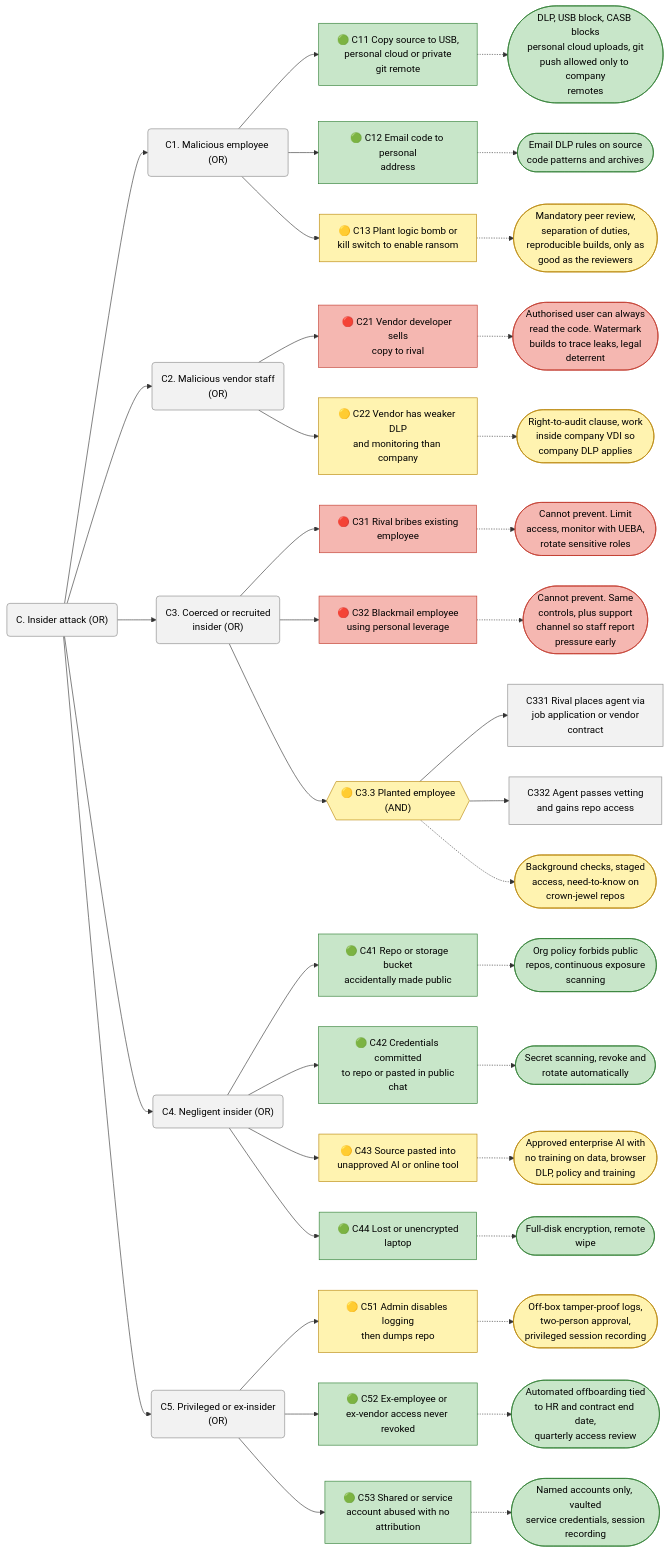
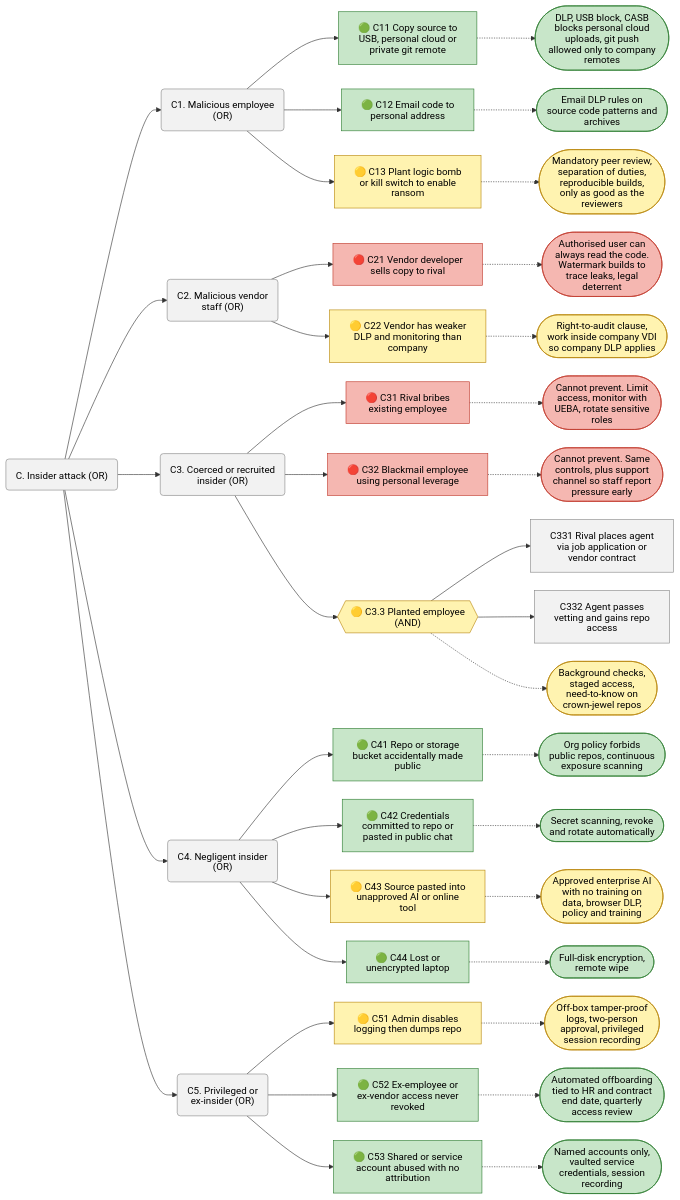
One commit to amandewatnitrr/hacking-tutorial changed the ninth of 9 diagrams in cybersecurity-architecture/lesson-02.md. Above: the diagram before and after it, drawn with Mermaid. The commit also changed other lines of this file, not shown here.

Commit message:
Cybersecurity Architecture -> Threat Modelling -> Attack Tree

````diff
--- a/cybersecurity-architecture/lesson-02.md
+++ b/cybersecurity-architecture/lesson-02.md
@@ -539,55 +544,56 @@
 ```mermaid
+%%{init: {"htmlLabels": false, "flowchart": {"htmlLabels": false, "padding": 16, "nodeSpacing": 30, "rankSpacing": 70}}}%%
 graph LR
     C("C. Insider attack (OR)")
-    C --> C1("C1. Malicious employee (OR)")
-    C --> C2("C2. Malicious vendor staff<br/>(OR)")
+    C --> C1("C1. Malicious employee<br/>(OR)")
+    C --> C2("C2. Malicious vendor<br/>staff (OR)")
     C --> C3("C3. Coerced or recruited<br/>insider (OR)")
-    C --> C4("C4. Negligent insider (OR)")
-    C --> C5("C5. Privileged or ex-insider<br/>(OR)")
+    C --> C4("C4. Negligent insider<br/>(OR)")
+    C --> C5("C5. Privileged or<br/>ex-insider (OR)")
 
-    C1 --> C11["🟢 C11 Copy source to USB,<br/>personal cloud or private<br/>git remote"]
-    C11 -.-> MC11(["DLP, USB block, CASB blocks<br/>personal cloud uploads, git<br/>push allowed only to company<br/>remotes"])
-    C1 --> C12["🟢 C12 Email code to personal<br/>address"]
-    C12 -.-> MC12(["Email DLP rules on source<br/>code patterns and archives"])
-    C1 --> C13["🟡 C13 Plant logic bomb or<br/>kill switch to enable ransom"]
-    C13 -.-> MC13(["Mandatory peer review,<br/>separation of duties,<br/>reproducible builds, only as<br/>good as the reviewers"])
+    C1 --> C11["🟢 C11 Copy source to<br/>USB, personal cloud or<br/>private git remote"]
+    C11 -.-> MC11(["DLP, USB block, CASB<br/>blocks personal cloud<br/>uploads, git push<br/>allowed only to company<br/>remotes"])
+    C1 --> C12["🟢 C12 Email code to<br/>personal address"]
+    C12 -.-> MC12(["Email DLP rules on<br/>source code patterns and<br/>archives"])
+    C1 --> C13["🟡 C13 Plant logic bomb<br/>or kill switch to enable<br/>ransom"]
+    C13 -.-> MC13(["Mandatory peer review,<br/>separation of duties,<br/>reproducible builds,<br/>only as good as the<br/>reviewers"])
 
-    C2 --> C21["🔴 C21 Vendor developer sells<br/>copy to rival"]
-    C21 -.-> MC21(["Authorised user can always<br/>read the code. Watermark<br/>builds to trace leaks, legal<br/>deterrent"])
-    C2 --> C22["🟡 C22 Vendor has weaker DLP<br/>and monitoring than company"]
-    C22 -.-> MC22(["Right-to-audit clause, work<br/>inside company VDI so<br/>company DLP applies"])
+    C2 --> C21["🔴 C21 Vendor developer<br/>sells copy to rival"]
+    C21 -.-> MC21(["Authorised user can<br/>always read the code.<br/>Watermark builds to<br/>trace leaks, legal<br/>deterrent"])
+    C2 --> C22["🟡 C22 Vendor has weaker<br/>DLP and monitoring than<br/>company"]
+    C22 -.-> MC22(["Right-to-audit clause,<br/>work inside company VDI<br/>so company DLP applies"])
 
-    C3 --> C31["🔴 C31 Rival bribes existing<br/>employee"]
-    C31 -.-> MC31(["Cannot prevent. Limit<br/>access, monitor with UEBA,<br/>rotate sensitive roles"])
+    C3 --> C31["🔴 C31 Rival bribes<br/>existing employee"]
+    C31 -.-> MC31(["Cannot prevent. Limit<br/>access, monitor with<br/>UEBA, rotate sensitive<br/>roles"])
     C3 --> C32["🔴 C32 Blackmail employee<br/>using personal leverage"]
     C32 -.-> MC32(["Cannot prevent. Same<br/>controls, plus support<br/>channel so staff report<br/>pressure early"])
     C3 --> C33{{"🟡 C3.3 Planted employee<br/>(AND)"}}
-    C33 --> C331["C331 Rival places agent via<br/>job application or vendor<br/>contract"]
-    C33 --> C332["C332 Agent passes vetting<br/>and gains repo access"]
-    C33 -.-> MC33(["Background checks, staged<br/>access, need-to-know on<br/>crown-jewel repos"])
+    C33 --> C331["C331 Rival places agent<br/>via job application or<br/>vendor contract"]
+    C33 --> C332["C332 Agent passes<br/>vetting and gains repo<br/>access"]
+    C33 -.-> MC33(["Background checks,<br/>staged access,<br/>need-to-know on<br/>crown-jewel repos"])
 
-    C4 --> C41["🟢 C41 Repo or storage bucket<br/>accidentally made public"]
-    C41 -.-> MC41(["Org policy forbids public<br/>repos, continuous exposure<br/>scanning"])
-    C4 --> C42["🟢 C42 Credentials committed<br/>to repo or pasted in public<br/>chat"]
-    C42 -.-> MC42(["Secret scanning, revoke and<br/>rotate automatically"])
-    C4 --> C43["🟡 C43 Source pasted into<br/>unapproved AI or online tool"]
-    C43 -.-> MC43(["Approved enterprise AI with<br/>no training on data, browser<br/>DLP, policy and training"])
-    C4 --> C44["🟢 C44 Lost or unencrypted<br/>laptop"]
-    C44 -.-> MC44(["Full-disk encryption, remote<br/>wipe"])
+    C4 --> C41["🟢 C41 Repo or storage<br/>bucket accidentally made<br/>public"]
+    C41 -.-> MC41(["Org policy forbids<br/>public repos, continuous<br/>exposure scanning"])
+    C4 --> C42["🟢 C42 Credentials<br/>committed to repo or<br/>pasted in public chat"]
+    C42 -.-> MC42(["Secret scanning, revoke<br/>and rotate automatically"])
+    C4 --> C43["🟡 C43 Source pasted into<br/>unapproved AI or online<br/>tool"]
+    C43 -.-> MC43(["Approved enterprise AI<br/>with no training on<br/>data, browser DLP,<br/>policy and training"])
+    C4 --> C44["🟢 C44 Lost or<br/>unencrypted laptop"]
+    C44 -.-> MC44(["Full-disk encryption,<br/>remote wipe"])
 
-    C5 --> C51["🟡 C51 Admin disables logging<br/>then dumps repo"]
-    C51 -.-> MC51(["Off-box tamper-proof logs,<br/>two-person approval,<br/>privileged session recording"])
-    C5 --> C52["🟢 C52 Ex-employee or <br/>ex-vendor access never revoked"]
-    C52 -.-> MC52(["Automated offboarding tied<br/>to HR and contract end date,<br/>quarterly access review"])
+    C5 --> C51["🟡 C51 Admin disables<br/>logging then dumps repo"]
+    C51 -.-> MC51(["Off-box tamper-proof<br/>logs, two-person<br/>approval, privileged<br/>session recording"])
+    C5 --> C52["🟢 C52 Ex-employee or<br/>ex-vendor access never<br/>revoked"]
+    C52 -.-> MC52(["Automated offboarding<br/>tied to HR and contract<br/>end date, quarterly<br/>access review"])
     C5 --> C53["🟢 C53 Shared or service<br/>account abused with no<br/>attribution"]
-    C53 -.-> MC53(["Named accounts only, vaulted<br/>service credentials, session<br/>recording"])
+    C53 -.-> MC53(["Named accounts only,<br/>vaulted service<br/>credentials, session<br/>recording"])
 
     classDef plain fill:#f2f2f2,stroke:#888,color:#000;
     classDef green fill:#c8e6c9,stroke:#2e7d32,color:#000;
     classDef yellow fill:#fff3b0,stroke:#b8860b,color:#000;
     classDef red fill:#f5b7b1,stroke:#c0392b,color:#000;
     class C,C1,C2,C3,C4,C5,C331,C332 plain;
     class C11,MC11,C12,MC12,C41,MC41,C42,MC42,C44,MC44,C52,MC52,C53,MC53 green;
     class C13,MC13,C43,MC43,C51,MC51,C22,MC22,C33,MC33 yellow;
     class C31,MC31,C32,MC32,C21,MC21 red;
 ```
````
